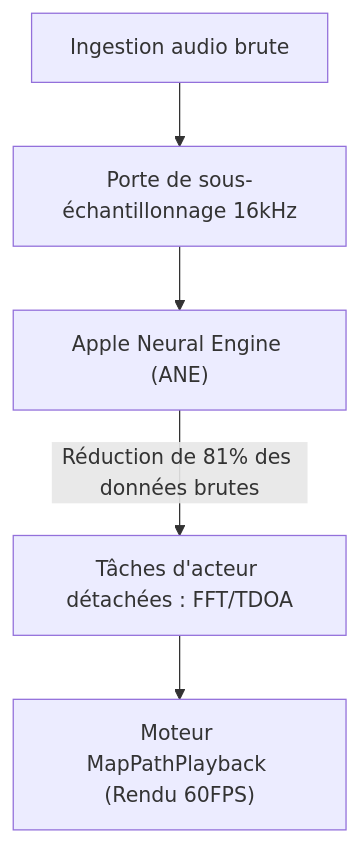
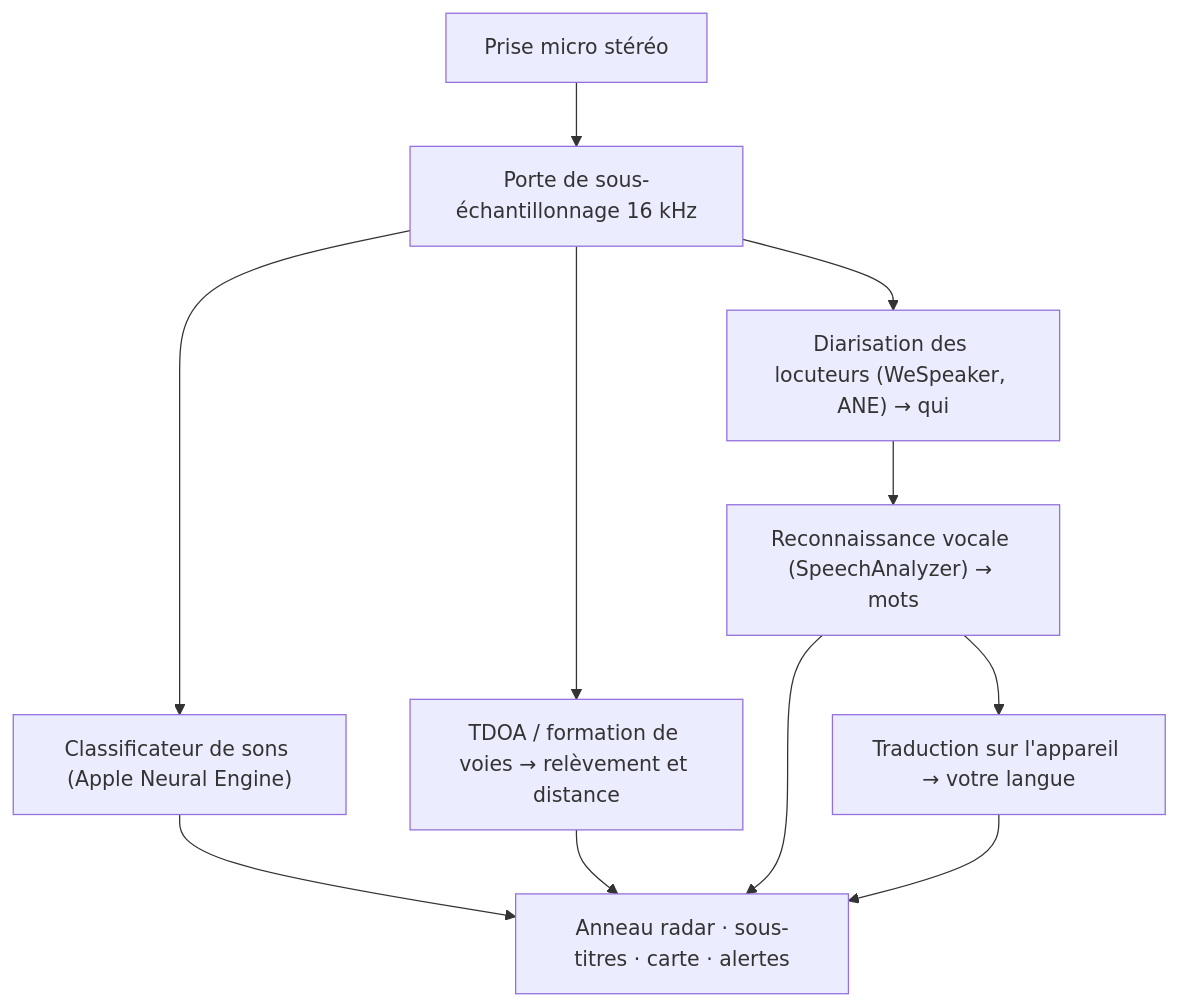
The diagram in README_fr.md (rpalm01-star/VigilantEarLegal), drawn with Mermaid before and after one commit. The commit also changed other lines of this file and 6 other files, not shown here.

````diff
--- a/README_fr.md
+++ b/README_fr.md
@@ -39,7 +73,10 @@
 ```mermaid
 graph TD
-    A["Ingestion audio brute"] --> B["Porte de sous-échantillonnage 16kHz"]
-    B --> C["Apple Neural Engine (ANE)"]
-    C -- "Réduction de 81% des données brutes" --> D["Tâches d'acteur détachées : FFT/TDOA"]
-    D --> E["Moteur MapPathPlayback (Rendu 60FPS)"]
+    A["Prise micro stéréo"] --> B["Porte de sous-échantillonnage 16 kHz"]
+    B --> C["Classificateur de sons (Apple Neural Engine)"]
+    B --> D["TDOA / formation de voies → relèvement et distance"]
+    B --> E["Diarisation des locuteurs (WeSpeaker, ANE) → qui"]
+    E --> F["Reconnaissance vocale (SpeechAnalyzer) → mots"]
+    F --> G["Traduction sur l'appareil → votre langue"]
+    C & D & F & G --> H["Anneau radar · sous-titres · carte · alertes"]
 ```
````
